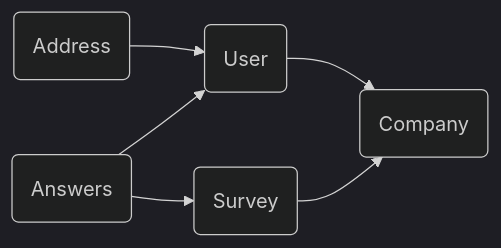
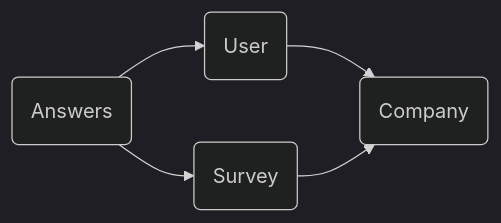
Before and after one commit to ASUKA-LANGLEY-SOHRYU/SurveyBackend: the diagram in README.md, drawn with Mermaid (dark theme). The commit also changed other lines of this file, not shown here.

````diff
--- a/README.md
+++ b/README.md
@@ -145,8 +301,7 @@
 ```mermaid
 graph LR
-A(Address) --> B(User)
-B --> C(Company)
+B(User) --> C(Company)
 D(Survey) --> C
 E(Answers) --> D
 E --> B
 ```
````
